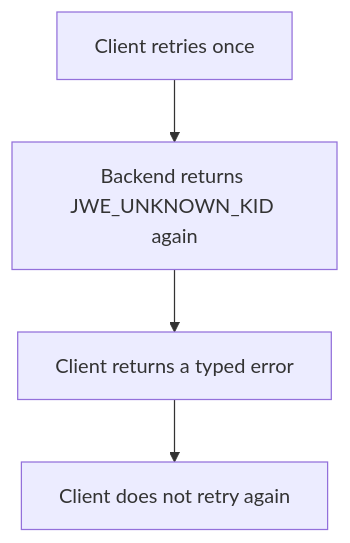
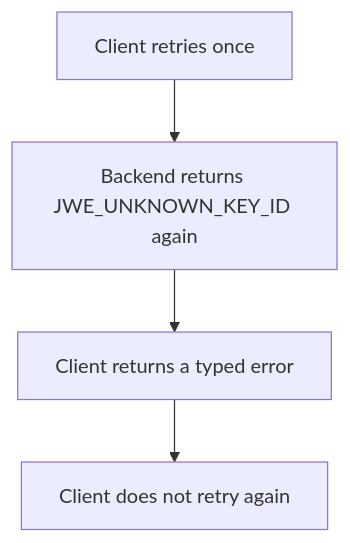
One commit to jeap-admin-ch/jeap-jwe-client changed the third of 4 diagrams in docs/testing.md. Above: the diagram before and after it, drawn with Mermaid. The commit also changed other lines of this file and 9 other files, not shown here.

````diff
--- a/docs/testing.md
+++ b/docs/testing.md
@@ -109,6 +111,6 @@
 ```mermaid
 flowchart TD
-  A[Client retries once] --> B[Backend returns JWE_UNKNOWN_KID again]
+  A[Client retries once] --> B[Backend returns JWE_UNKNOWN_KEY_ID again]
   B --> C[Client returns a typed error]
   C --> D[Client does not retry again]
 ```
````
